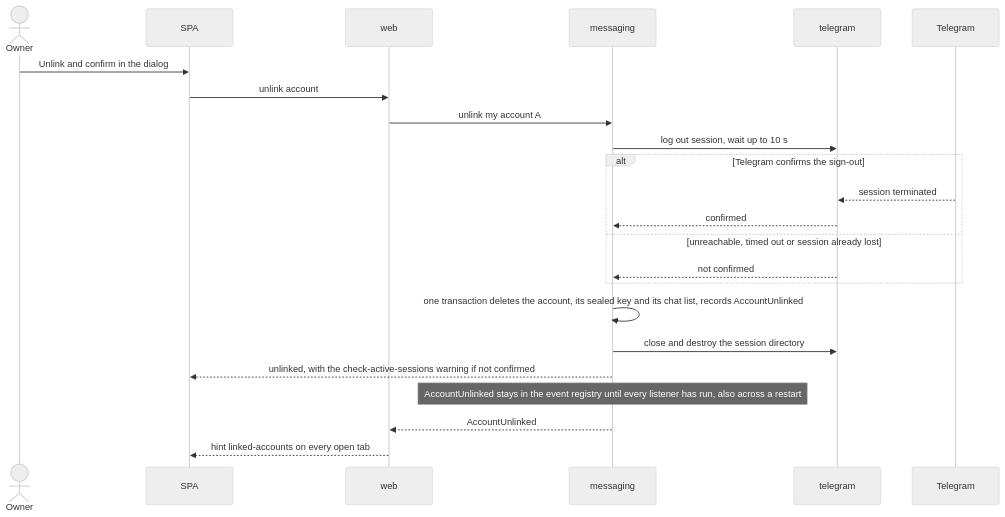
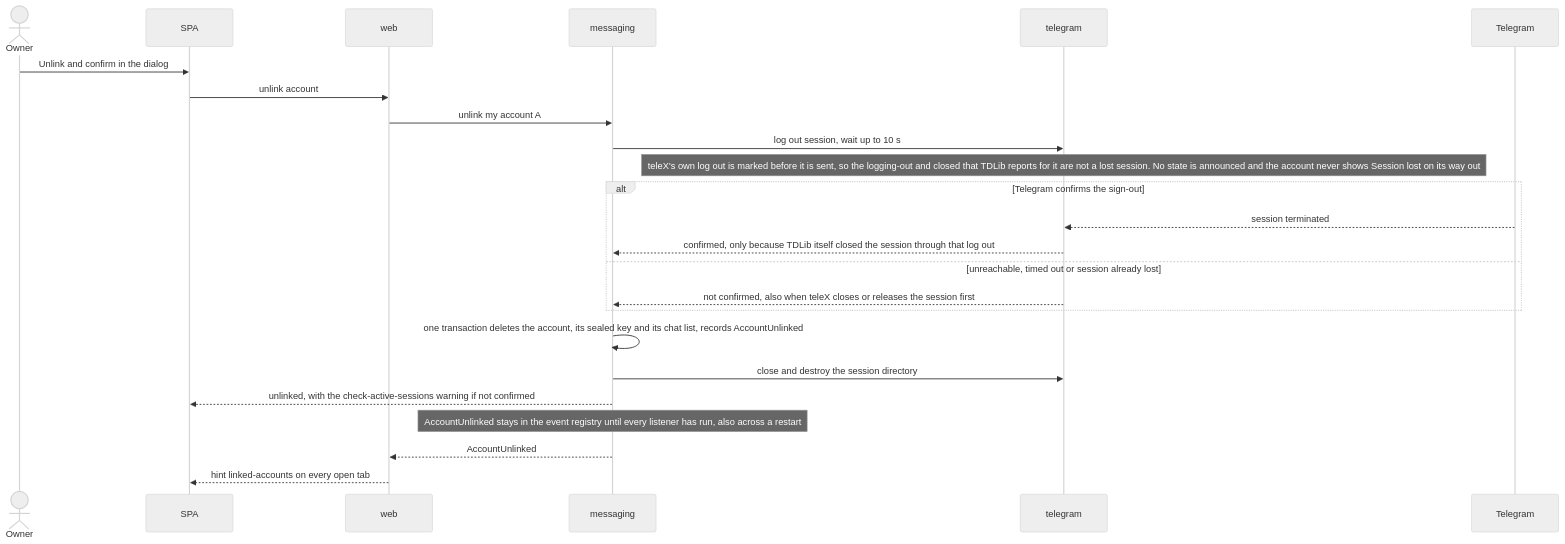
Before and after one commit to drnetua/telex: the fourth of 15 diagrams in docs/features/telegram-link/sad.md, drawn with Mermaid (neutral theme). The commit also changed other lines of this file and 3 other files, not shown here.

First line of the commit message:
docs(telegram-link): Sync sad, ux-flows, screens and spec with the third-review fixes

````diff
--- a/docs/features/telegram-link/sad.md
+++ b/docs/features/telegram-link/sad.md
@@ -293,26 +293,27 @@
 ```mermaid
 sequenceDiagram
     actor Owner
     participant SPA
     participant Web as web
     participant Msg as messaging
     participant Tg as telegram
     participant TG as Telegram
 
     Owner->>SPA: Unlink and confirm in the dialog
     SPA->>Web: unlink account
     Web->>Msg: unlink my account A
     Msg->>Tg: log out session, wait up to 10 s
+    Note over Tg: teleX's own log out is marked before it is sent, so the logging-out and closed that TDLib reports for it are not a lost session. No state is announced and the account never shows Session lost on its way out
     alt Telegram confirms the sign-out
         TG-->>Tg: session terminated
-        Tg-->>Msg: confirmed
+        Tg-->>Msg: confirmed, only because TDLib itself closed the session through that log out
     else unreachable, timed out or session already lost
-        Tg-->>Msg: not confirmed
+        Tg-->>Msg: not confirmed, also when teleX closes or releases the session first
     end
     Msg->>Msg: one transaction deletes the account, its sealed key and its chat list, records AccountUnlinked
     Msg->>Tg: close and destroy the session directory
     Msg-->>SPA: unlinked, with the check-active-sessions warning if not confirmed
     Note over Msg: AccountUnlinked stays in the event registry until every listener has run, also across a restart
     Msg-->>Web: AccountUnlinked
     Web-->>SPA: hint linked-accounts on every open tab
 ```
````
